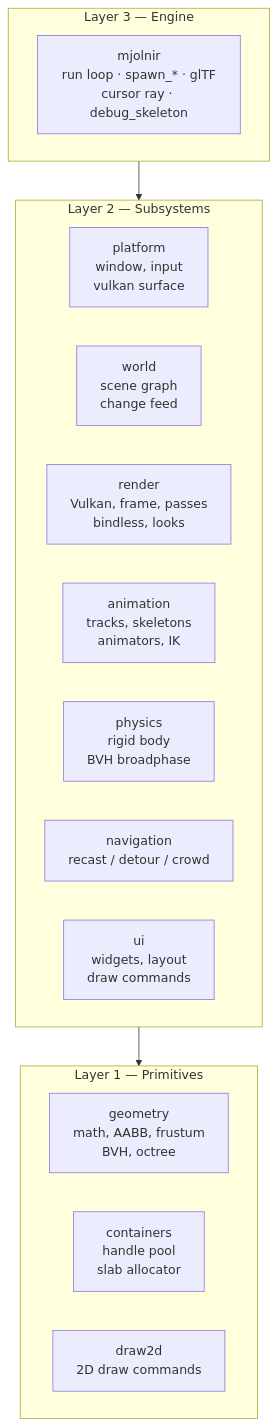
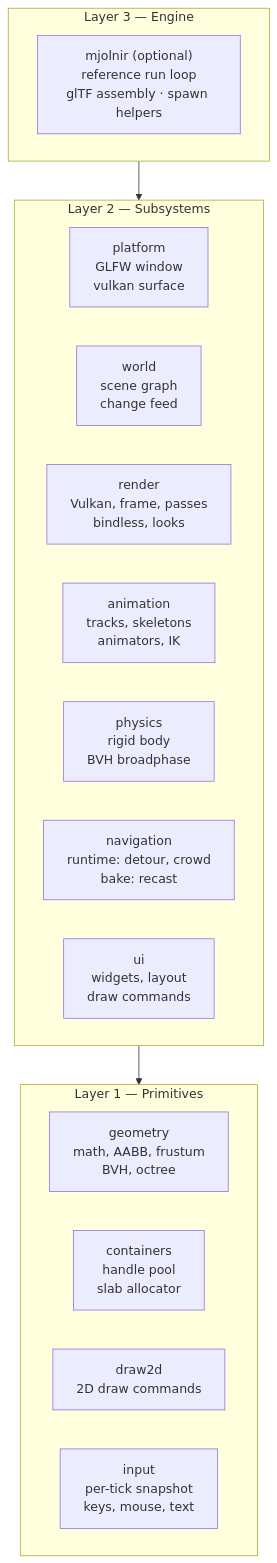
One commit to hucancode/mjolnir changed the diagram in docs/architecture.md. Above: the diagram before and after it, drawn with Mermaid. The commit also changed other lines of this file and 167 other files, not shown here.

````diff
--- a/docs/architecture.md
+++ b/docs/architecture.md
@@ -32,27 +32,28 @@
 ```mermaid
 flowchart TB
   subgraph L3["Layer 3 — Engine"]
-    engine["mjolnir<br/>run loop · spawn_* · glTF<br/>cursor ray · debug_skeleton"]
+    engine["mjolnir (optional)<br/>reference run loop<br/>glTF assembly · spawn helpers"]
   end
 
   subgraph L2["Layer 2 — Subsystems"]
     direction LR
-    platform["platform<br/>window, input<br/>vulkan surface"]
+    platform["platform<br/>GLFW window<br/>vulkan surface"]
     world["world<br/>scene graph<br/>change feed"]
     render["render<br/>Vulkan, frame, passes<br/>bindless, looks"]
     animation["animation<br/>tracks, skeletons<br/>animators, IK"]
     physics["physics<br/>rigid body<br/>BVH broadphase"]
-    nav["navigation<br/>recast / detour / crowd"]
+    nav["navigation<br/>runtime: detour, crowd<br/>bake: recast"]
     ui["ui<br/>widgets, layout<br/>draw commands"]
   end
 
   subgraph L1["Layer 1 — Primitives"]
     direction LR
     geometry["geometry<br/>math, AABB, frustum<br/>BVH, octree"]
     containers["containers<br/>handle pool<br/>slab allocator"]
     draw2d["draw2d<br/>2D draw commands"]
+    input["input<br/>per-tick snapshot<br/>keys, mouse, text"]
   end
 
   L3 --> L2
   L2 --> L1
 ```
````
